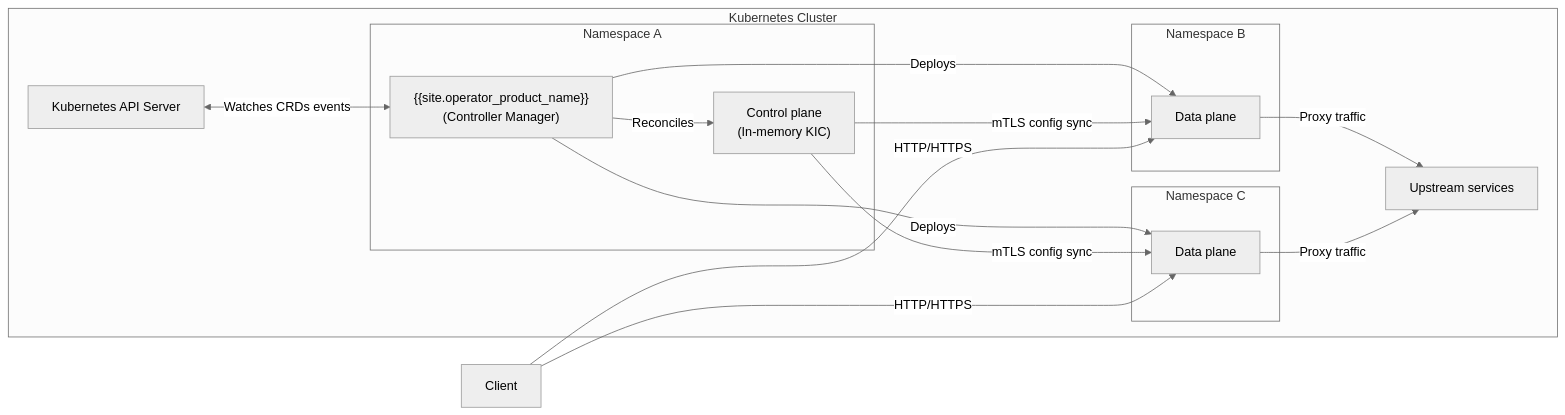
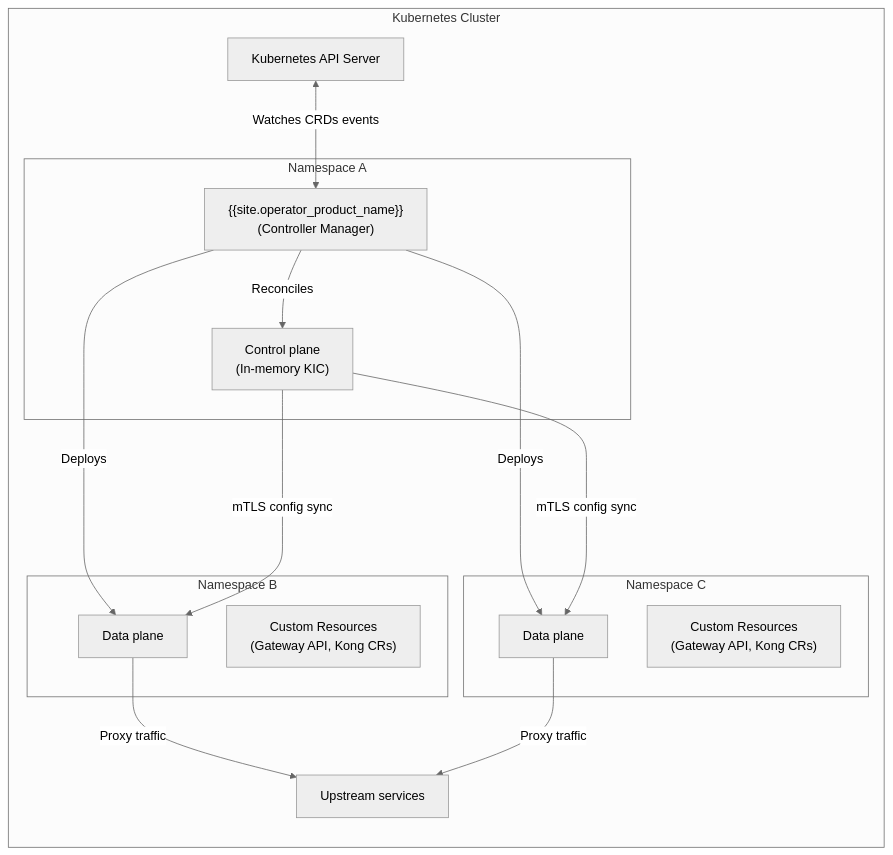
The first of 2 diagrams in app/operator/reference/architecture.md (Kong/developer.konghq.com), drawn with Mermaid (neutral theme) before and after one commit. The commit also changed other lines of this file, not shown here.

```diff
--- a/app/operator/reference/architecture.md
+++ b/app/operator/reference/architecture.md
@@ -23,33 +20,32 @@
 {% mermaid %}
 flowchart LR
     subgraph K8s[Kubernetes Cluster]
         K[Kubernetes API Server]
 
         K <-->|Watches CRDs events| KO
 
         subgraph NS1[Namespace A]
             KO["{{site.operator_product_name}}<br/>(Controller Manager)"]
             CP["Control plane<br/>(In-memory KIC)"]
         end
 
         subgraph NS2[Namespace B]
             DP1[Data plane]
+            CR1["Custom Resources<br/>(Gateway API, Kong CRs)"]
         end
         subgraph NS3[Namespace C]
             DP2[Data plane]
+            CR2["Custom Resources<br/>(Gateway API, Kong CRs)"]
         end
 
         S[Upstream services]
 
         KO -->|Reconciles| CP
         KO -->|Deploys| DP1 & DP2
 
         CP --->|mTLS config sync| DP1 & DP2
 
         DP1 -->|Proxy traffic| S
         DP2 -->|Proxy traffic| S
     end
-
-    C[Client]
-    C ---->|HTTP/HTTPS| DP1 & DP2
 {% endmermaid %}
```
